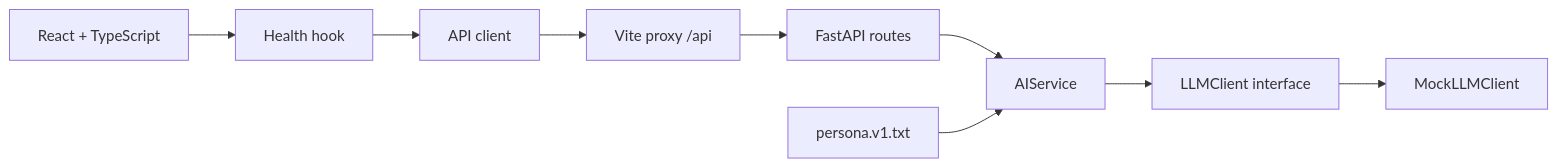
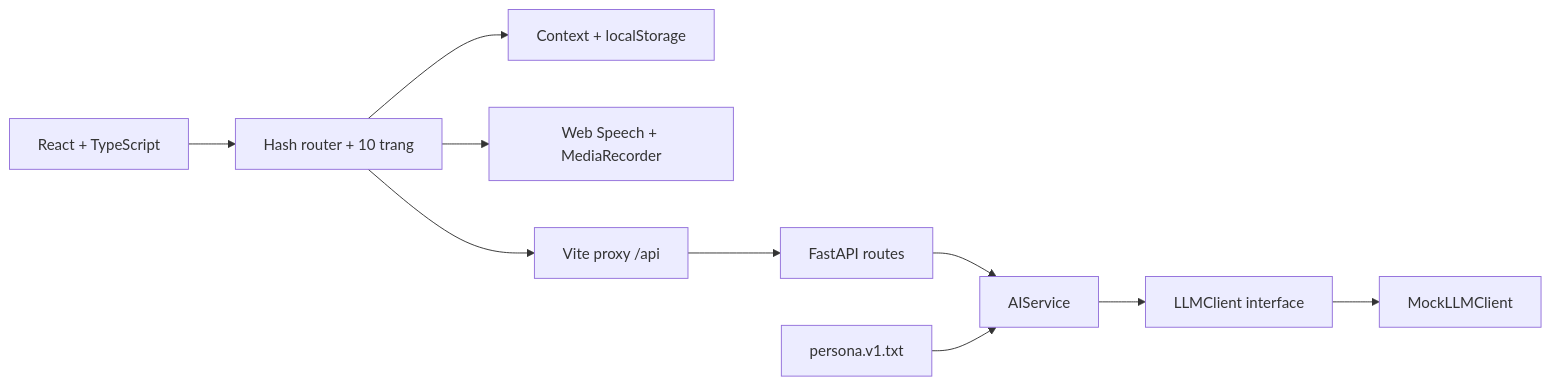
The diagram in docs/ARCHITECTURE.md (VoMinhHoang1610/engmate-ai), drawn with Mermaid before and after one commit. The commit also changed other lines of this file and 33 other files, not shown here.

````diff
--- a/docs/ARCHITECTURE.md
+++ b/docs/ARCHITECTURE.md
@@ -5,11 +5,12 @@
 ```mermaid
 flowchart LR
-  UI[React + TypeScript] --> Hook[Health hook]
-  Hook --> HTTP[API client]
-  HTTP --> Proxy[Vite proxy /api]
+  UI[React + TypeScript] --> Router[Hash router + 10 trang]
+  Router --> Store[Context + localStorage]
+  Router --> Browser[Web Speech + MediaRecorder]
+  Router --> Proxy[Vite proxy /api]
   Proxy --> API[FastAPI routes]
   API --> Service[AIService]
   Service --> Port[LLMClient interface]
   Port --> Mock[MockLLMClient]
   Prompt[persona.v1.txt] --> Service
 ```
````
